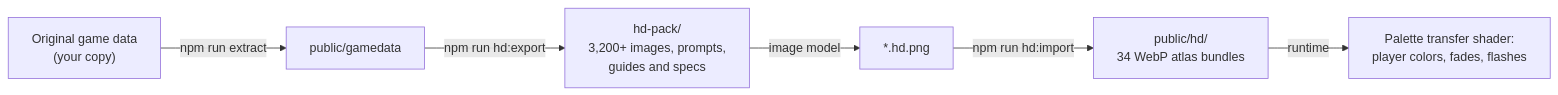
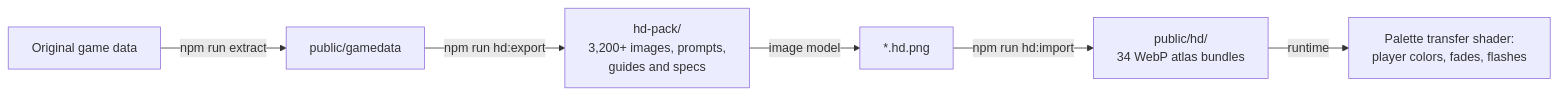
One commit to Jared-woodruff/OMF-2097-Remastered changed the first of 2 diagrams in README.md. Above: the diagram before and after it, drawn with Mermaid. The commit also changed other lines of this file and 155 other files, not shown here.

First line of the commit message:
Include the game data and HD artwork: playable with one click

````diff
--- a/README.md
+++ b/README.md
@@ -355,8 +359,8 @@
 ```mermaid
 flowchart LR
-    A["Original game data<br/>(your copy)"] -->|npm run extract| B["public/gamedata"]
+    A["Original game data"] -->|npm run extract| B["public/gamedata"]
     B -->|npm run hd:export| C["hd-pack/<br/>3,200+ images, prompts,<br/>guides and specs"]
     C -->|image model| D["*.hd.png"]
     D -->|npm run hd:import| E["public/hd/<br/>34 WebP atlas bundles"]
     E -->|runtime| F["Palette transfer shader:<br/>player colors, fades, flashes"]
 ```
````
